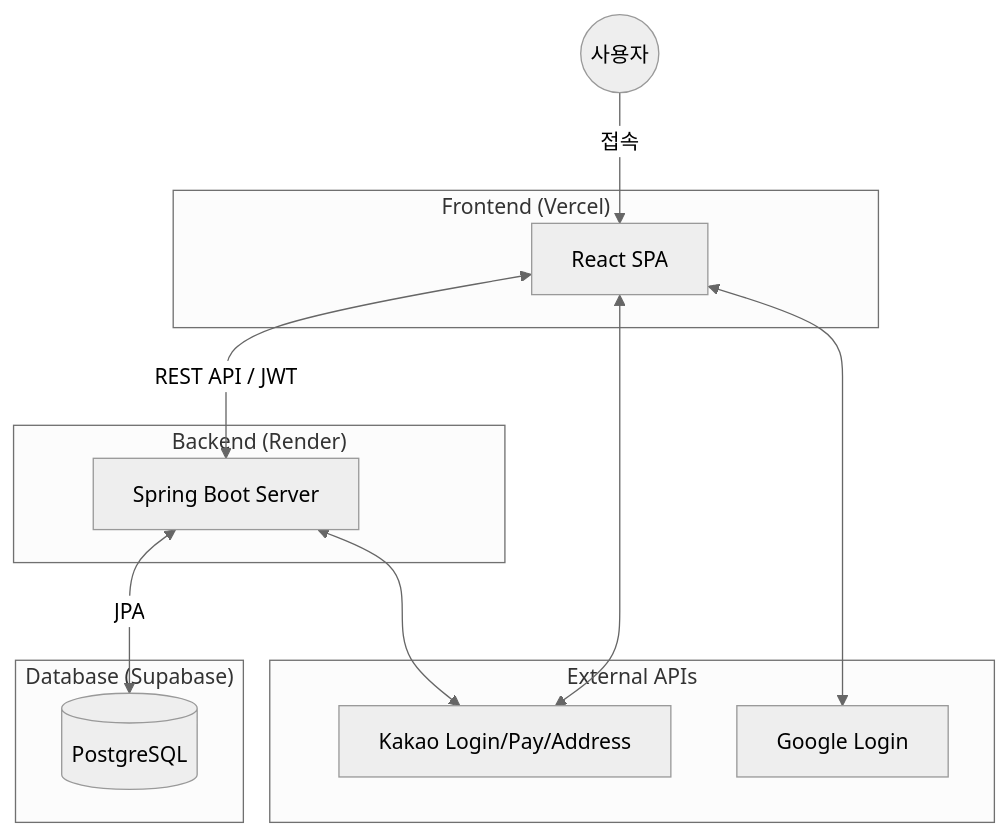
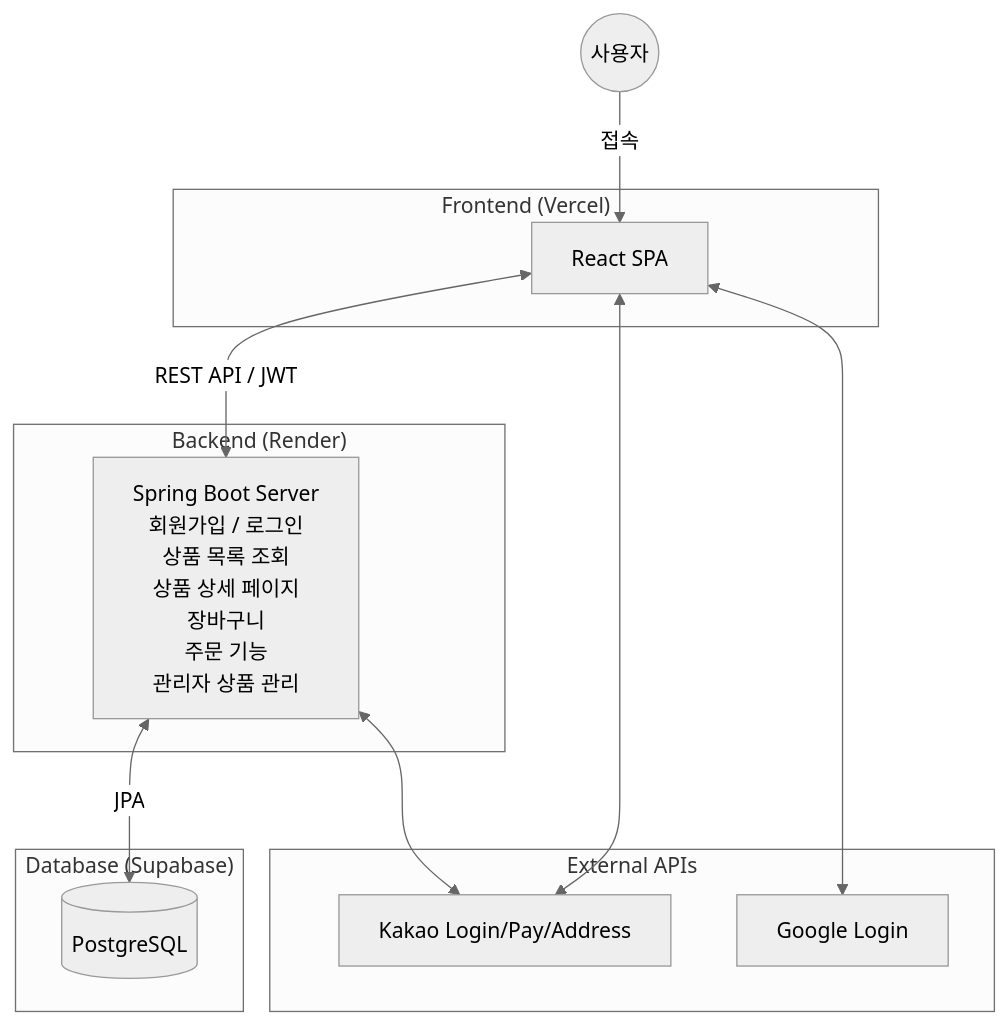
One commit to alsdudrj/react-shoe-shop-project changed the diagram in README.md. Above: the diagram before and after it, drawn with Mermaid (neutral theme).

````diff
--- a/README.md
+++ b/README.md
@@ -98,28 +98,35 @@
 ```mermaid
 graph TD
     User((사용자))
     
     subgraph "Frontend (Vercel)"
         React[React SPA]
     end
 
     subgraph "Backend (Render)"
-        SpringBoot[Spring Boot Server]
+        SpringBoot[Spring Boot Server
+                  회원가입 / 로그인
+                  상품 목록 조회
+                  상품 상세 페이지
+                  장바구니
+                  주문 기능
+                  관리자 상품 관리
+                  ]
     end
 
     subgraph "Database (Supabase)"
         DB[(PostgreSQL)]
     end
 
     subgraph "External APIs"
         Kakao[Kakao Login/Pay/Address]
         Google[Google Login]
     end
 
     User -->|접속| React
     React <-->|REST API / JWT| SpringBoot
     SpringBoot <-->|JPA| DB
     React <--> Kakao
     React <--> Google
     SpringBoot <--> Kakao
 ```
````
